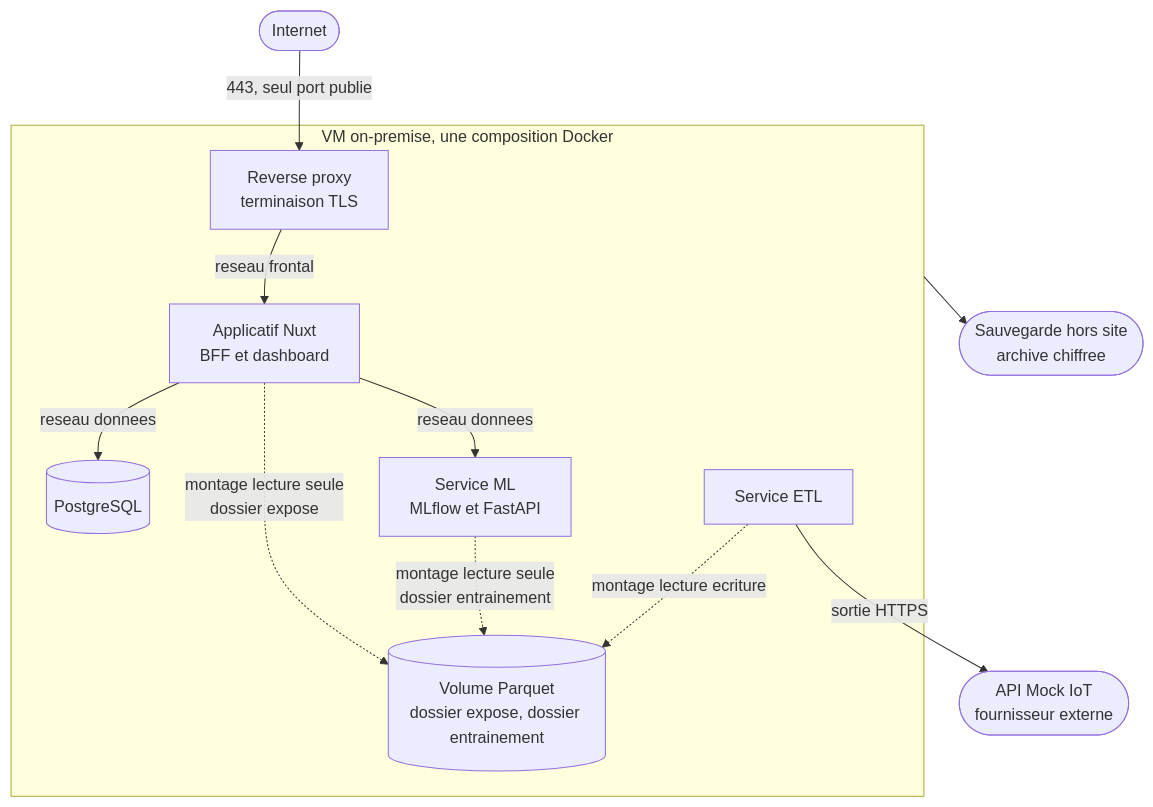
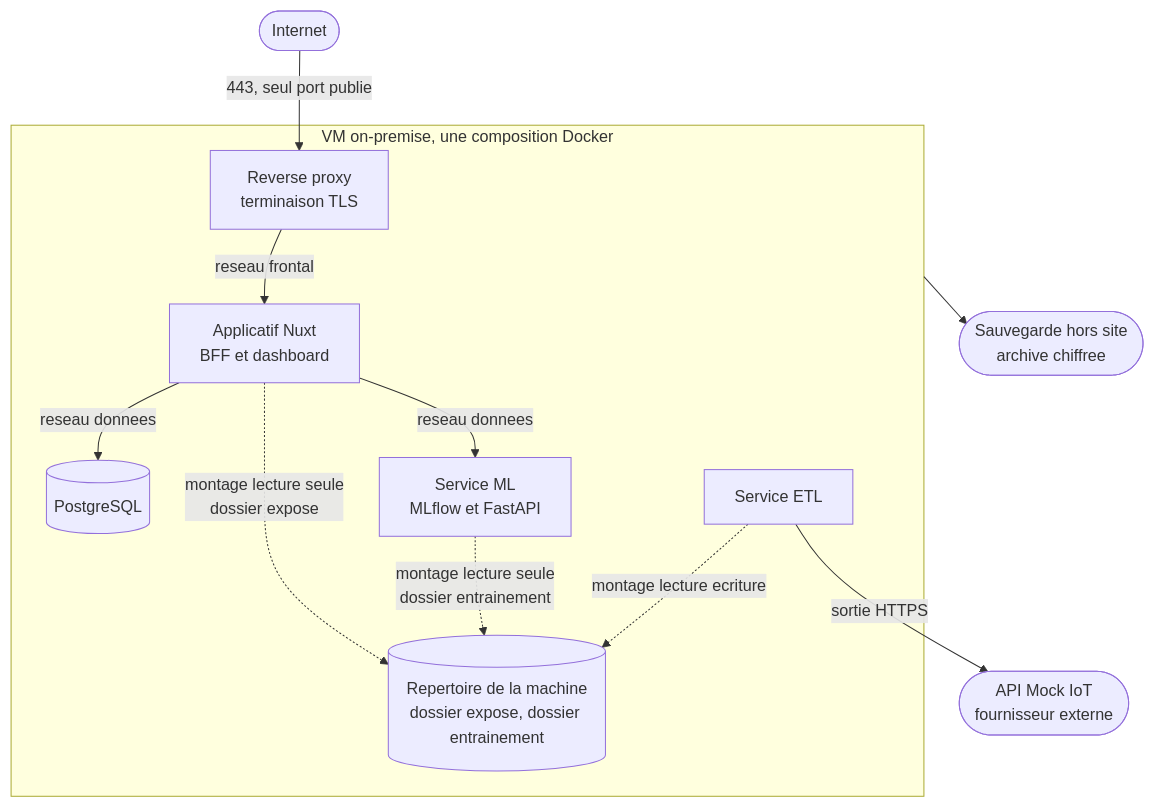
The third of 4 diagrams in docs/architecture.md (AlexRovere/smart-energy-optimizer), drawn with Mermaid before and after one commit. The commit also changed other lines of this file, not shown here.

````diff
--- a/docs/architecture.md
+++ b/docs/architecture.md
@@ -82,25 +86,25 @@
 ```mermaid
 flowchart TB
     NET(["Internet"]) -->|"443, seul port publie"| RP
     MOCK(["API Mock IoT<br/>fournisseur externe"])
     BK(["Sauvegarde hors site<br/>archive chiffree"])
 
     subgraph VM["VM on-premise, une composition Docker"]
         RP["Reverse proxy<br/>terminaison TLS"]
         APP["Applicatif Nuxt<br/>BFF et dashboard"]
         PG[("PostgreSQL")]
         ML["Service ML<br/>MLflow et FastAPI"]
         ETL["Service ETL"]
-        VOL[("Volume Parquet<br/>dossier expose, dossier entrainement")]
+        VOL[("Repertoire de la machine<br/>dossier expose, dossier entrainement")]
 
         RP -->|"reseau frontal"| APP
         APP -->|"reseau donnees"| PG
         APP -->|"reseau donnees"| ML
         APP -.->|"montage lecture seule<br/>dossier expose"| VOL
         ML -.->|"montage lecture seule<br/>dossier entrainement"| VOL
         ETL -.->|"montage lecture ecriture"| VOL
     end
 
     ETL -->|"sortie HTTPS"| MOCK
     VM --> BK
 ```
````
